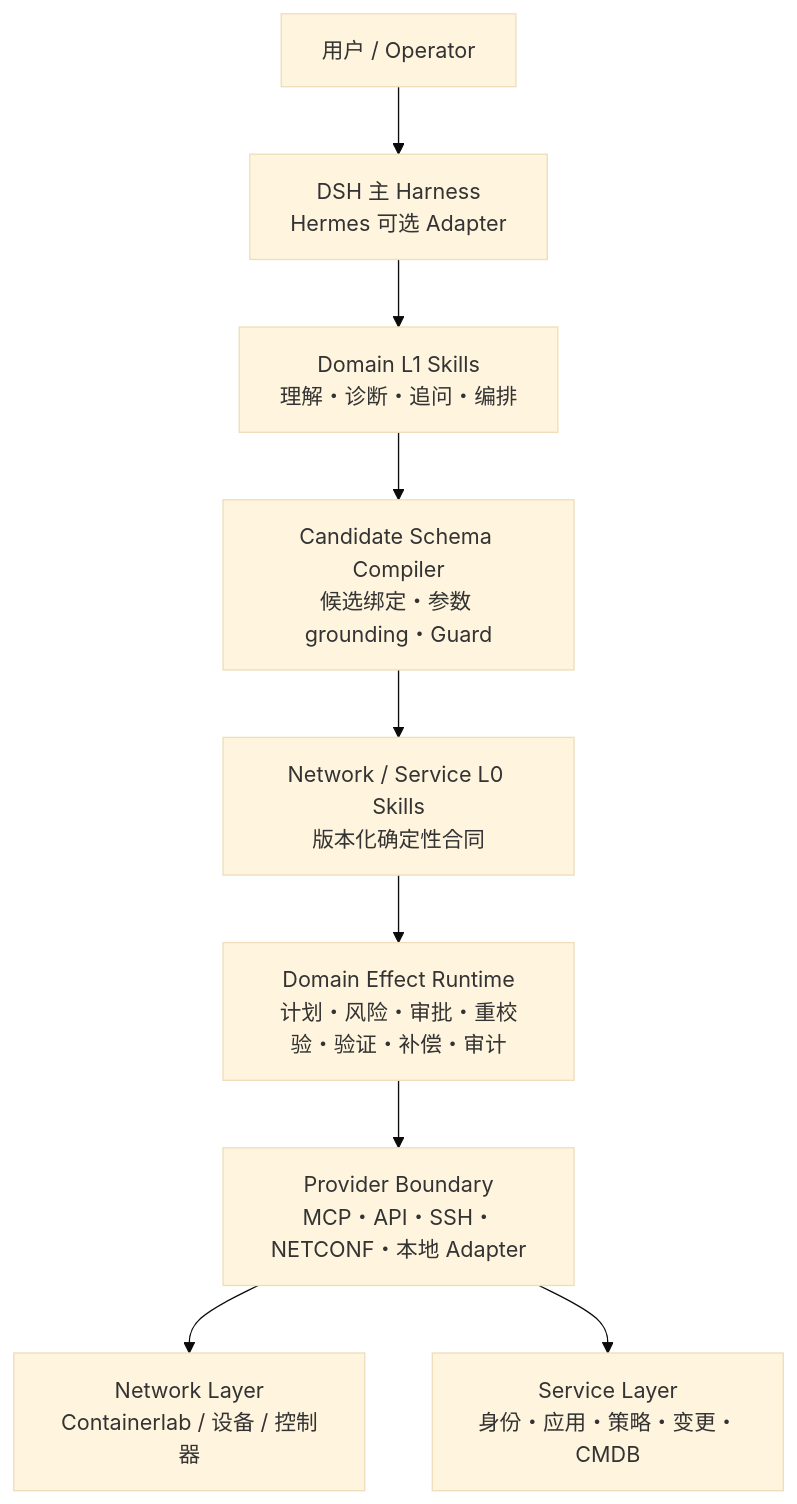
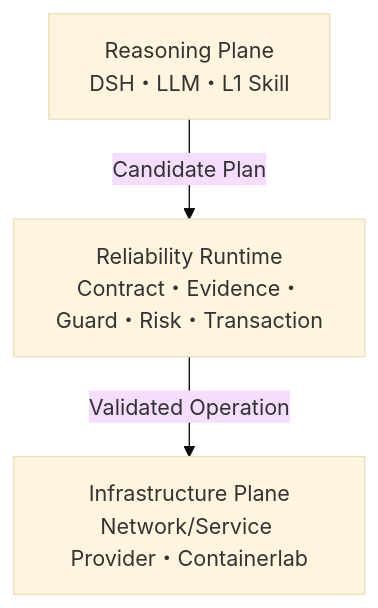
One commit to kevinyjk25/NetOpYuAgent changed the diagram in README.md. Above: the diagram before and after it, drawn with Mermaid (base theme). The commit also changed other lines of this file and 106 other files, not shown here.

````diff
--- a/README.md
+++ b/README.md
@@ -53,11 +15,5 @@
 ```mermaid
 flowchart TB
-    U[用户 / Operator] --> H[DSH 主 Harness<br/>Hermes 可选 Adapter]
-    H --> L1[Domain L1 Skills<br/>理解・诊断・追问・编排]
-    L1 --> C[Candidate Schema Compiler<br/>候选绑定・参数 grounding・Guard]
-    C --> L0[Network / Service L0 Skills<br/>版本化确定性合同]
-    L0 --> R[Domain Effect Runtime<br/>计划・风险・审批・重校验・验证・补偿・审计]
-    R --> P[Provider Boundary<br/>MCP・API・SSH・NETCONF・本地 Adapter]
-    P --> N[Network Layer<br/>Containerlab / 设备 / 控制器]
-    P --> S[Service Layer<br/>身份・应用・策略・变更・CMDB]
+    RP[Reasoning Plane<br/>DSH・LLM・L1 Skill] -->|Candidate Plan| RR[Reliability Runtime<br/>Contract・Evidence・Guard・Risk・Transaction]
+    RR -->|Validated Operation| IP[Infrastructure Plane<br/>Network/Service Provider・Containerlab]
 ```
````
